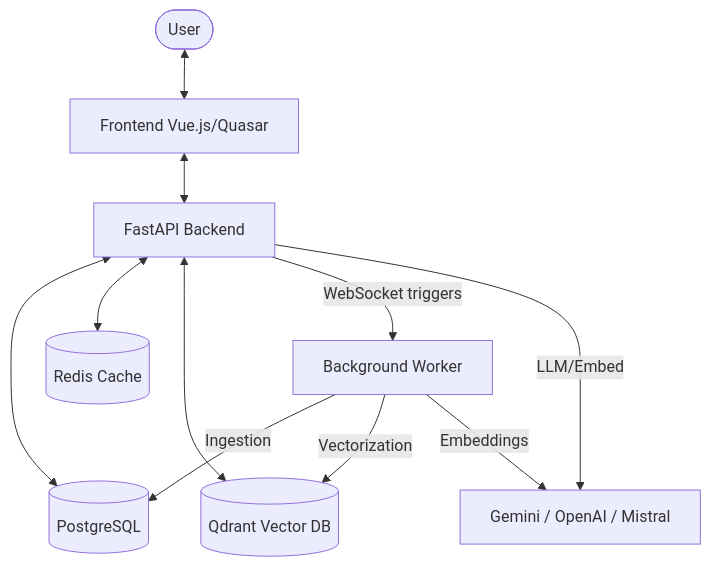
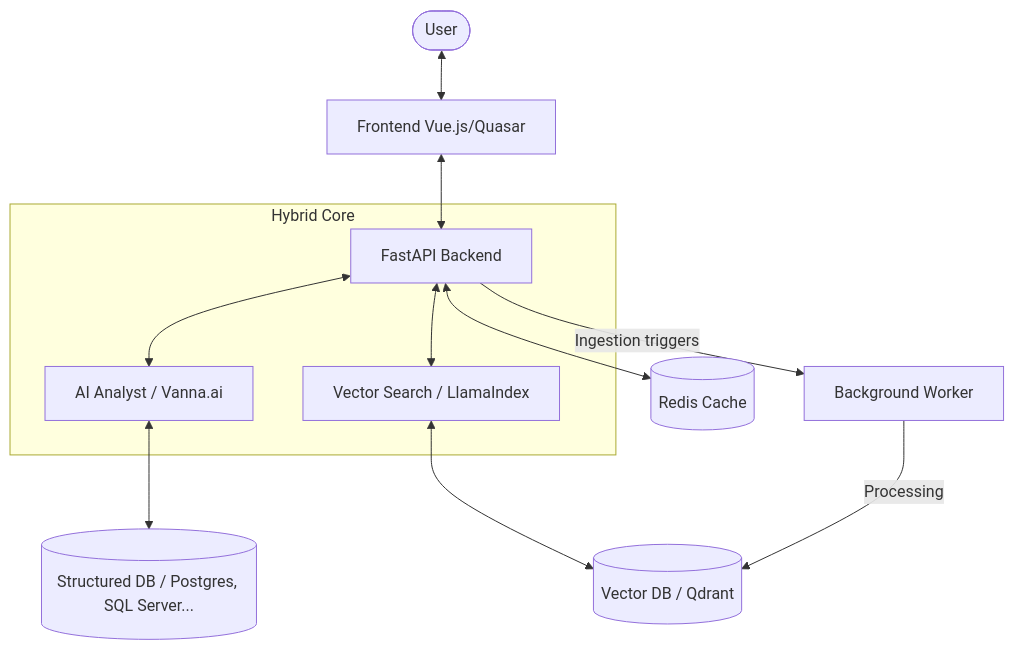
One commit to HuguesGauthier/Vectra changed the diagram in docs/docs/architecture.md. Above: the diagram before and after it, drawn with Mermaid. The commit also changed other lines of this file and 17 other files, not shown here.

````diff
--- a/docs/docs/architecture.md
+++ b/docs/docs/architecture.md
@@ -9,16 +12,17 @@
 ```mermaid
 graph TD
     User([User]) <--> Frontend[Frontend Vue.js/Quasar]
     Frontend <--> API[FastAPI Backend]
 
-    API <--> Postgres[(PostgreSQL)]
+    subgraph "Hybrid Core"
+        API <--> AI_Analyst[AI Analyst / Vanna.ai]
+        API <--> RAG[Vector Search / LlamaIndex]
+    end
+
+    AI_Analyst <--> SQL_DB[(Structured DB / Postgres, SQL Server...)]
+    RAG <--> Qdrant[(Vector DB / Qdrant)]
+
     API <--> Redis[(Redis Cache)]
-    API <--> Qdrant[(Qdrant Vector DB)]
-
-    API -- WebSocket triggers --> Worker[Background Worker]
-    Worker -- Ingestion --> Postgres
-    Worker -- Vectorization --> Qdrant
-
-    API -- LLM/Embed --> AI[Gemini / OpenAI / Mistral]
-    Worker -- Embeddings --> AI
+    API -- Ingestion triggers --> Worker[Background Worker]
+    Worker -- Processing --> Qdrant
 ```
````
